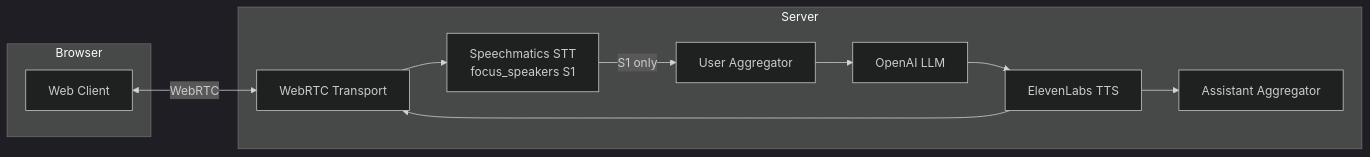
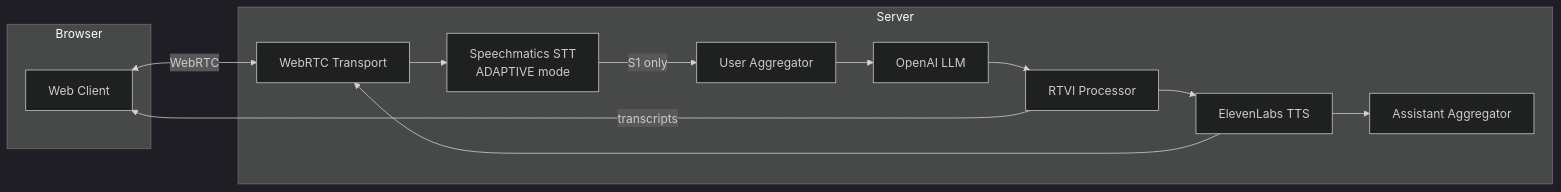
The diagram in integrations/pipecat/02-simple-voice-bot-web/README.md (speechmatics/speechmatics-academy), drawn with Mermaid (dark theme) before and after one commit. The commit also changed other lines of this file and 5 other files, not shown here.

````diff
--- a/integrations/pipecat/02-simple-voice-bot-web/README.md
+++ b/integrations/pipecat/02-simple-voice-bot-web/README.md
@@ -121,23 +153,26 @@
 ```mermaid
 flowchart LR
     subgraph Browser
         CLIENT[Web Client]
     end
 
     subgraph Server
         WEBRTC[WebRTC Transport]
-        STT[Speechmatics STT<br/>focus_speakers S1]
+        STT[Speechmatics STT<br/>ADAPTIVE mode]
         UA[User Aggregator]
         LLM[OpenAI LLM]
+        RTVI[RTVI Processor]
         AA[Assistant Aggregator]
         TTS[ElevenLabs TTS]
     end
 
     CLIENT <-->|WebRTC| WEBRTC
     WEBRTC --> STT
     STT -->|S1 only| UA
     UA --> LLM
-    LLM --> TTS
+    LLM --> RTVI
+    RTVI -->|transcripts| CLIENT
+    RTVI --> TTS
     TTS --> WEBRTC
     TTS --> AA
 ```
````
